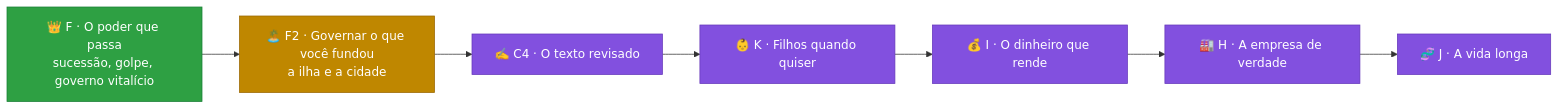
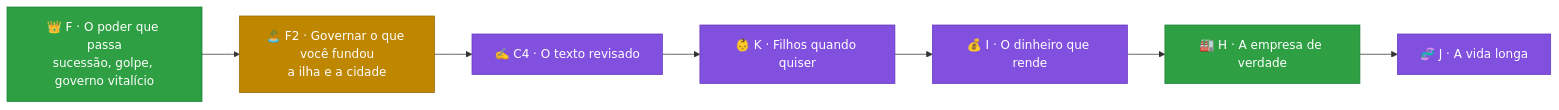
Before and after one commit to Lhordriyon/Calculadora-Viva: the second of 2 diagrams in README.md, drawn with Mermaid. The commit also changed other lines of this file and 2 other files, not shown here.

````diff
--- a/README.md
+++ b/README.md
@@ -76,12 +74,12 @@
 ```mermaid
 flowchart LR
   F["👑 F · O poder que passa<br/>sucessão, golpe, governo vitalício"]:::feito --> F2["🏝️ F2 · Governar o que você fundou<br/>a ilha e a cidade"]:::proximo
   F2 --> C4["✍️ C4 · O texto revisado"]:::depois
   C4 --> K["👶 K · Filhos quando quiser"]:::depois
   K --> I["💰 I · O dinheiro que rende"]:::depois
-  I --> H["🏭 H · A empresa de verdade"]:::depois
+  I --> H["🏭 H · A empresa de verdade"]:::feito
   H --> J["🧬 J · A vida longa"]:::depois
   classDef feito fill:#2ea043,stroke:#1a7f37,color:#fff
   classDef proximo fill:#bf8700,stroke:#9a6700,color:#fff
   classDef depois fill:#8250df,stroke:#6639ba,color:#fff
 ```
````
